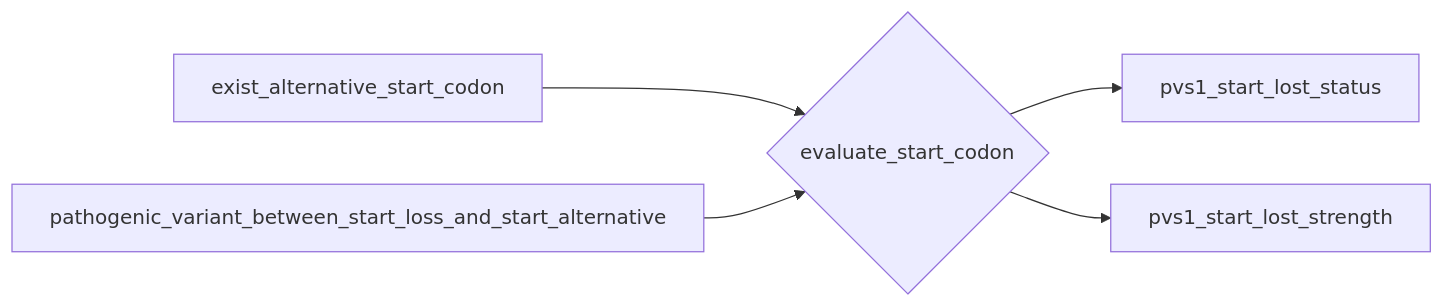
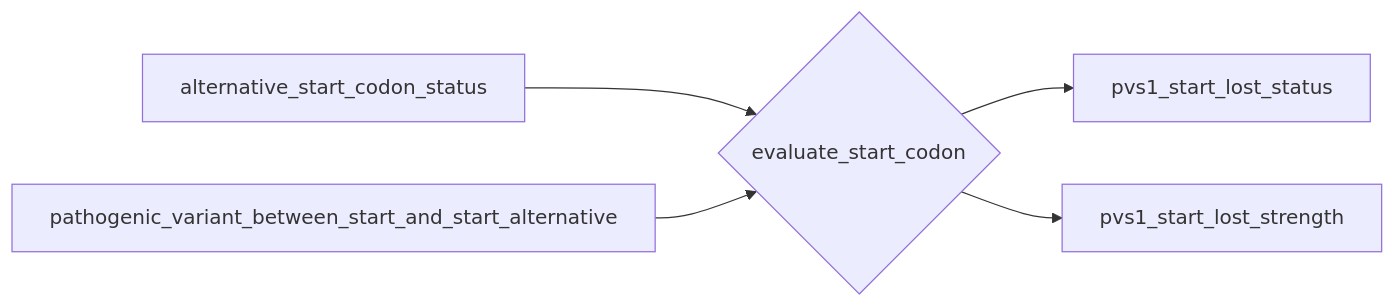
Before and after one commit to akatzke/HerediClassify: diagram 12 of 25 in Software_design/Mermaid.org, drawn with Mermaid. The commit also changed other lines of this file and 28 other files, not shown here.

```diff
--- a/Software_design/Mermaid.org
+++ b/Software_design/Mermaid.org
@@ -244,7 +260,7 @@
-#+begin_src mermaid :file refine_start_lost.png
+#+begin_src mermaid :file pvs1_refine_start_lost.png
 flowchart LR
    esc --> pvs1_start_lost_status
    esc --> pvs1_start_lost_strength
-   exist_alternative_start_codon --> esc{evaluate_start_codon}
-   pathogenic_variant_between_start_loss_and_start_alternative --> esc
+   alternative_start_codon_status --> esc{evaluate_start_codon}
+   pathogenic_variant_between_start_and_start_alternative --> esc
 #+end_src
```
